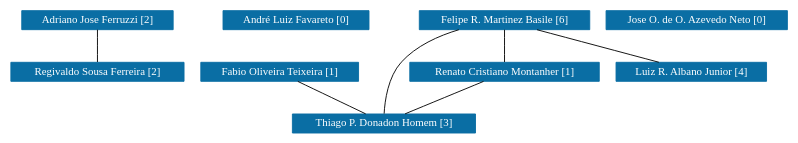
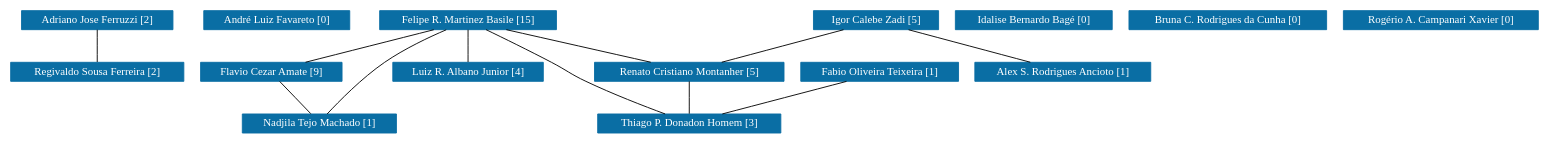
The diagram in grafoDeColaboracoesSemPesos.dot (Data-Science-Research/colaboracaoacademicaGITES), drawn with Graphviz before and after one commit. The commit also changed 82 other files, not shown here.

```diff
--- a/grafoDeColaboracoesSemPesos.dot
+++ b/grafoDeColaboracoesSemPesos.dot
@@ -1,80 +1,127 @@
 strict graph grafo1 {
-	graph [bb="0,0,856.5,135",
+	graph [bb="0,0,1685,135",
 		id=grafo1,
 		overlap=False
 	];
 	node [fontsize=12,
 		label="\N",
 		shape=rectangle,
 		style=filled
 	];
 	0	[URL="membro-5813261133047060.html",
 		color="#0A6EA4",
 		fontcolor="#FFFFFF",
 		height=0.29167,
 		label="Adriano Jose Ferruzzi [2]",
 		pos="95.5,124.5",
 		width=2.3194];
-	5	[URL="membro-8291123108448027.html",
+	8	[URL="membro-8291123108448027.html",
 		color="#0A6EA4",
 		fontcolor="#FFFFFF",
 		height=0.29167,
 		label="Regivaldo Sousa Ferreira [2]",
 		pos="95.5,67.5",
 		width=2.6528];
-	0 -- 5	[pos="95.5,113.92 95.5,103.95 95.5,88.408 95.5,78.341"];
+	0 -- 8	[pos="95.5,113.92 95.5,103.95 95.5,88.408 95.5,78.341"];
 	1	[URL="membro-1741814375809802.html",
 		color="#0A6EA4",
 		fontcolor="#FFFFFF",
 		height=0.29167,
 		label="André Luiz Favareto [0]",
-		pos="314.5,124.5",
+		pos="293.5,124.5",
 		width=2.2361];
 	2	[URL="membro-9543740522912391.html",
 		color="#0A6EA4",
 		fontcolor="#FFFFFF",
 		height=0.29167,
 		label="Fabio Oliveira Teixeira [1]",
-		pos="296.5,67.5",
+		pos="958.5,67.5",
 		width=2.4167];
-	8	[URL="membro-6109272293288485.html",
+	13	[URL="membro-6109272293288485.html",
 		color="#0A6EA4",
 		fontcolor="#FFFFFF",
 		height=0.29167,
 		label="Thiago P. Donadon Homem [3]",
-		pos="411.5,10.5",
+		pos="748.5,10.5",
 		width=2.8056];
-	2 -- 8	[pos="316.53,56.92 337.51,46.886 370.28,31.216 391.31,21.155"];
+	2 -- 13	[pos="921.92,56.92 883.49,46.856 823.41,31.12 785.01,21.063"];
 	3	[URL="membro-6413817150886826.html",
 		color="#0A6EA4",
 		fontcolor="#FFFFFF",
 		height=0.29167,
-		label="Felipe R. Martinez Basile [6]",
-		pos="544.5,124.5",
-		width=2.6111];
-	3 -- 8	[pos="494.09,113.93 471.82,107.31 447,96.264 430.5,78 416.01,61.962 412.5,35.601 411.7,21.362"];
-	6	[URL="membro-0270118728577579.html",
+		label="Felipe R. Martinez Basile [15]",
+		pos="504.5,124.5",
+		width=2.7083];
+	3 -- 13	[pos="524.37,114 543.1,104.96 571.87,90.887 596.5,78 613.6,69.054 617.06,65.259 634.5,57 663.77,43.136 698.47,29.695 721.84,21.062"];
+	4	[URL="membro-8976791755900010.html",
 		color="#0A6EA4",
 		fontcolor="#FFFFFF",
 		height=0.29167,
-		label="Renato Cristiano Montanher [1]",
-		pos="544.5,67.5",
-		width=2.9028];
-	3 -- 6	[pos="544.5,113.92 544.5,103.95 544.5,88.408 544.5,78.341"];
+		label="Flavio Cezar Amate [9]",
+		pos="287.5,67.5",
+		width=2.1667];
+	3 -- 4	[pos="466.7,113.92 426.99,103.86 364.91,88.12 325.23,78.063"];
 	7	[URL="membro-8754322948547165.html",
 		color="#0A6EA4",
 		fontcolor="#FFFFFF",
 		height=0.29167,
 		label="Luiz R. Albano Junior [4]",
-		pos="750.5,67.5",
+		pos="504.5,67.5",
 		width=2.3056];
-	3 -- 7	[pos="580.38,113.92 618.08,103.86 677.01,88.12 714.68,78.063"];
-	6 -- 8	[pos="521.33,56.92 497.07,46.886 459.18,31.216 434.85,21.155"];
-	4	[URL="membro-1241031809486285.html",
+	3 -- 7	[pos="504.5,113.92 504.5,103.95 504.5,88.408 504.5,78.341"];
+	9	[URL="membro-0270118728577579.html",
 		color="#0A6EA4",
 		fontcolor="#FFFFFF",
 		height=0.29167,
-		label="Jose O. de O. Azevedo Neto [0]",
-		pos="756.5,124.5",
-		width=2.7778];
+		label="Renato Cristiano Montanher [5]",
+		pos="748.5,67.5",
+		width=2.9028];
+	3 -- 9	[pos="546.72,113.98 591.33,103.93 661.26,88.165 705.98,78.085"];
+	14	[URL="membro-0112108049902805.html",
+		color="#0A6EA4",
+		fontcolor="#FFFFFF",
+		height=0.29167,
+		label="Nadjila Tejo Machado [1]",
+		pos="340.5,10.5",
+		width=2.3611];
+	3 -- 14	[pos="480.4,113.85 461.21,105.64 434.08,92.844 412.5,78 387.26,60.643 361.92,34.818 349.1,21.014"];
+	4 -- 14	[pos="296.73,56.92 306.34,46.948 321.32,31.408 331.02,21.341"];
+	9 -- 13	[pos="748.5,56.92 748.5,46.948 748.5,31.408 748.5,21.341"];
+	5	[URL="membro-0255523082900191.html",
+		color="#0A6EA4",
+		fontcolor="#FFFFFF",
+		height=0.29167,
+		label="Idalise Bernardo Bagé [0]",
+		pos="1128.5,124.5",
+		width=2.4028];
+	6	[URL="membro-0150761926799891.html",
+		color="#0A6EA4",
+		fontcolor="#FFFFFF",
+		height=0.29167,
+		label="Igor Calebe Zadi [5]",
+		pos="954.5,124.5",
+		width=1.9167];
+	6 -- 9	[pos="918.62,113.92 880.92,103.86 821.99,88.12 784.32,78.063"];
+	10	[URL="membro-7290375482443455.html",
+		color="#0A6EA4",
+		fontcolor="#FFFFFF",
+		height=0.29167,
+		label="Alex S. Rodrigues Ancioto [1]",
+		pos="1160.5,67.5",
+		width=2.6944];
+	6 -- 10	[pos="990.38,113.92 1028.1,103.86 1087,88.12 1124.7,78.063"];
+	11	[URL="membro-5631261956953546.html",
+		color="#0A6EA4",
+		fontcolor="#FFFFFF",
+		height=0.29167,
+		label="Bruna C. Rodrigues da Cunha [0]",
+		pos="1342.5,124.5",
+		width=3.0278];
+	12	[URL="membro-5904768897181890.html",
+		color="#0A6EA4",
+		fontcolor="#FFFFFF",
+		height=0.29167,
+		label="Rogério A. Campanari Xavier [0]",
+		pos="1577.5,124.5",
+		width=2.9861];
 }
```
